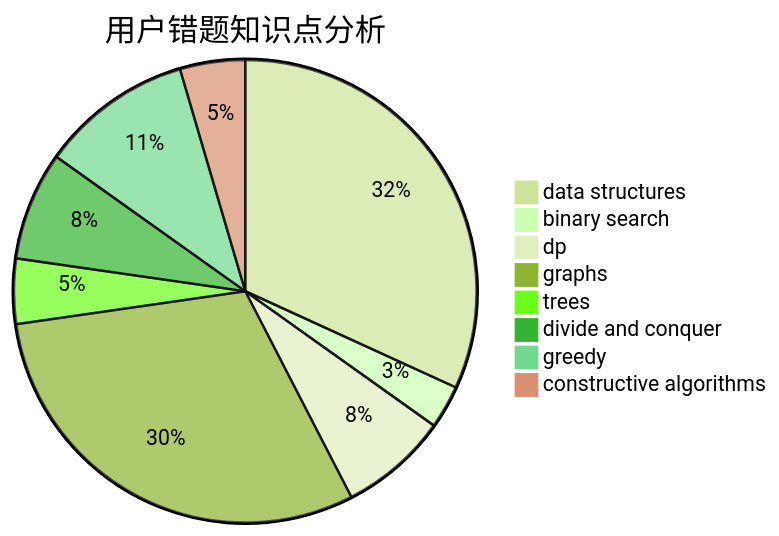
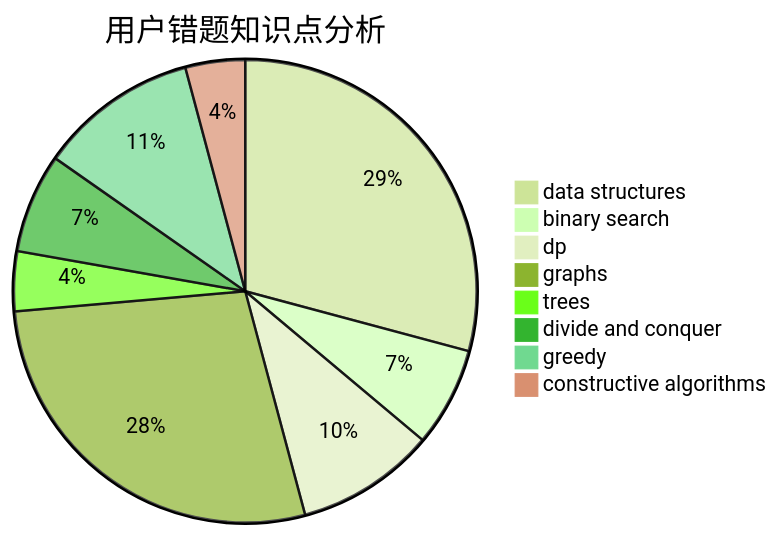
One commit to sherpahu/cfrs.github.io changed the third of 3 diagrams in docs/user/u503.md. Above: the diagram before and after it, drawn with Mermaid (forest theme). The commit also changed other lines of this file and 2770 other files, not shown here.

````diff
--- a/docs/user/u503.md
+++ b/docs/user/u503.md
@@ -36,11 +36,11 @@
 ```mermaid
 pie title 用户错题知识点分析
     "data structures" :  21
-    "binary search" :  2
-    "dp" :  5
+    "binary search" :  5
+    "dp" :  7
     "graphs" :  20
     "trees" :  3
     "divide and conquer" :  5
-    "greedy" :  7
+    "greedy" :  8
     "constructive algorithms" :  3
 ```
````
